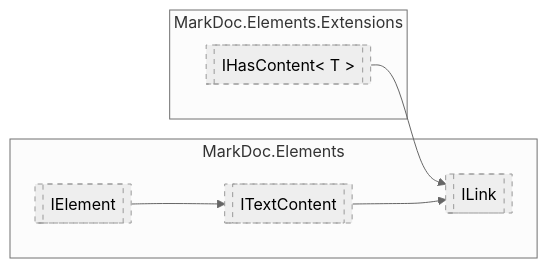
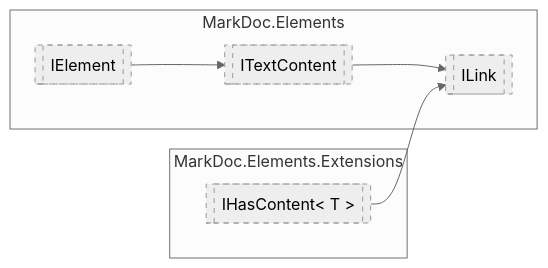
One commit to hailstorm75/ModularDoc changed the diagram in sourceWiki/markdoc/elements/ILink.md. Above: the diagram before and after it, drawn with Mermaid (neutral theme). The commit also changed other lines of this file and 22 other files, not shown here.

````diff
--- a/sourceWiki/markdoc/elements/ILink.md
+++ b/sourceWiki/markdoc/elements/ILink.md
@@ -7,21 +7,21 @@
 ```mermaid
   flowchart LR
   classDef interfaceStyle stroke-dasharray: 5 5;
   classDef abstractStyle stroke-width:4px
   subgraph MarkDoc.Elements
   MarkDoc.Elements.ILink[[ILink]]
   class MarkDoc.Elements.ILink interfaceStyle;
   MarkDoc.Elements.ITextContent[[ITextContent]]
   class MarkDoc.Elements.ITextContent interfaceStyle;
   MarkDoc.Elements.IElement[[IElement]]
   class MarkDoc.Elements.IElement interfaceStyle;
   end
   subgraph MarkDoc.Elements.Extensions
   MarkDoc.Elements.Extensions.IHasContent_1[[IHasContent< T >]]
   class MarkDoc.Elements.Extensions.IHasContent_1 interfaceStyle;
 
   end
-MarkDoc.Elements.Extensions.IHasContent_1 --> MarkDoc.Elements.ILink
 MarkDoc.Elements.ITextContent --> MarkDoc.Elements.ILink
 MarkDoc.Elements.IElement --> MarkDoc.Elements.ITextContent
+MarkDoc.Elements.Extensions.IHasContent_1 --> MarkDoc.Elements.ILink
 ```
````
